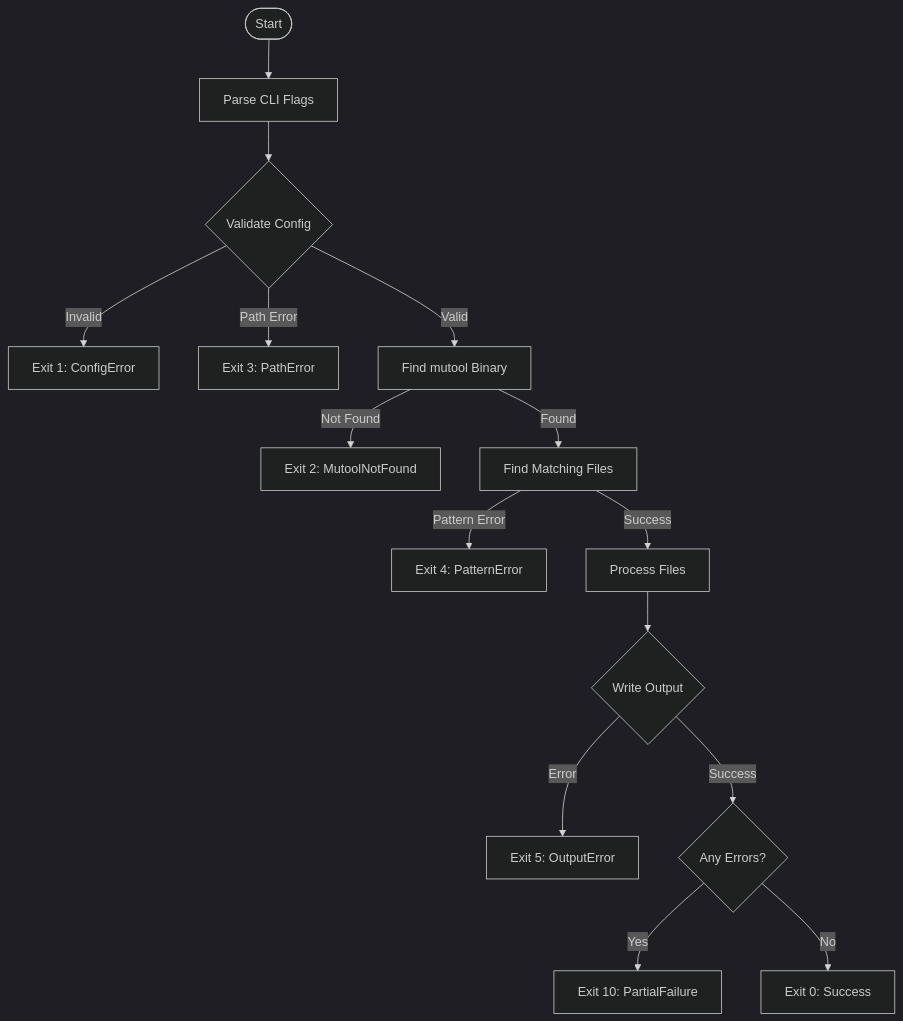
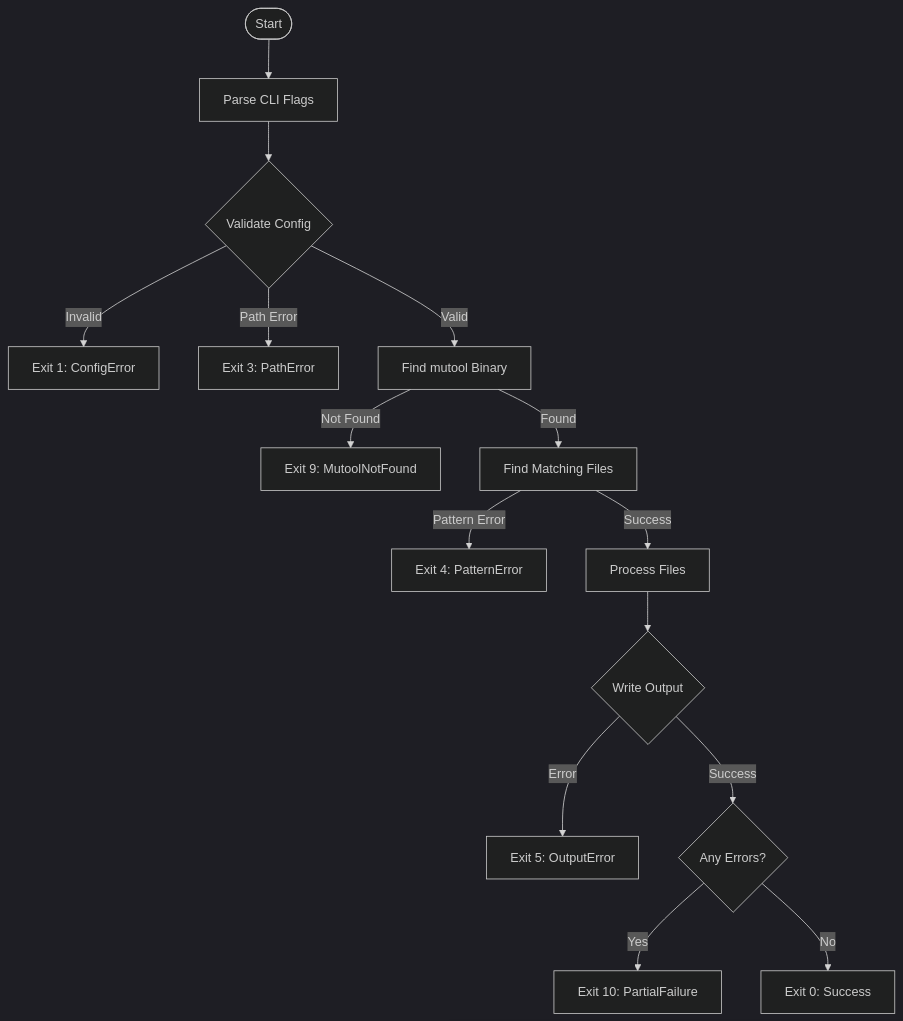
Before and after one commit to edsilegxrepo/pdf-extractor: the second of 6 diagrams in ARCHITECTURE.md, drawn with Mermaid (dark theme). The commit also changed other lines of this file and 5 other files, not shown here.

````diff
--- a/ARCHITECTURE.md
+++ b/ARCHITECTURE.md
@@ -191,17 +185,17 @@
 ```mermaid
 flowchart TD
     START([Start]) --> PARSE[Parse CLI Flags]
     PARSE --> VALIDATE{Validate Config}
     VALIDATE -->|Invalid| ERR_CFG[Exit 1: ConfigError]
     VALIDATE -->|Path Error| ERR_PATH[Exit 3: PathError]
     VALIDATE -->|Valid| MUTOOL[Find mutool Binary]
-    MUTOOL -->|Not Found| ERR_MUT[Exit 2: MutoolNotFound]
+    MUTOOL -->|Not Found| ERR_MUT[Exit 9: MutoolNotFound]
     MUTOOL -->|Found| GLOB[Find Matching Files]
     GLOB -->|Pattern Error| ERR_PAT[Exit 4: PatternError]
     GLOB -->|Success| PROCESS[Process Files]
     PROCESS --> WRITE{Write Output}
     WRITE -->|Error| ERR_OUT[Exit 5: OutputError]
     WRITE -->|Success| CHECK{Any Errors?}
     CHECK -->|Yes| PARTIAL[Exit 10: PartialFailure]
     CHECK -->|No| SUCCESS[Exit 0: Success]
 ```
````
